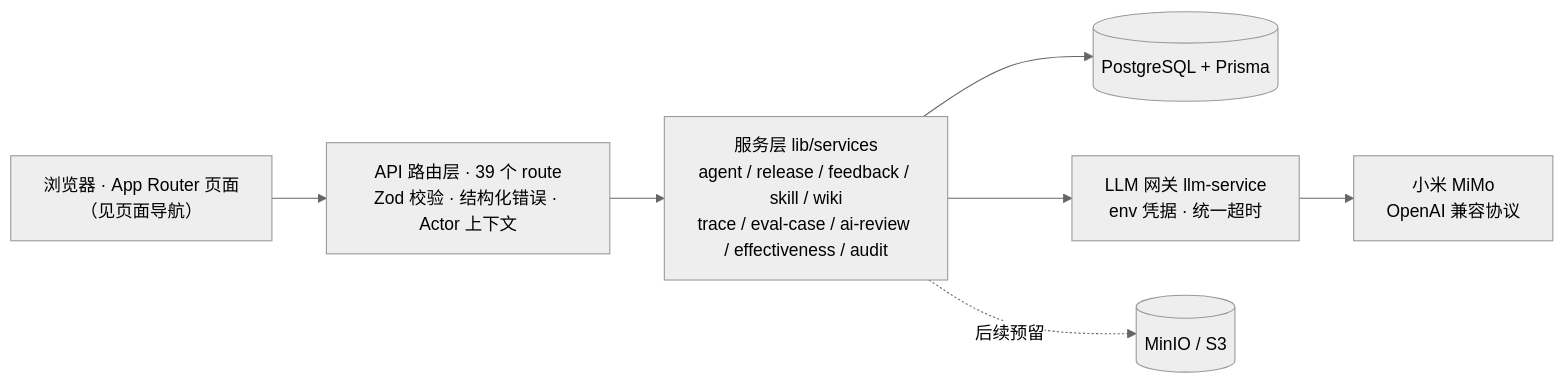
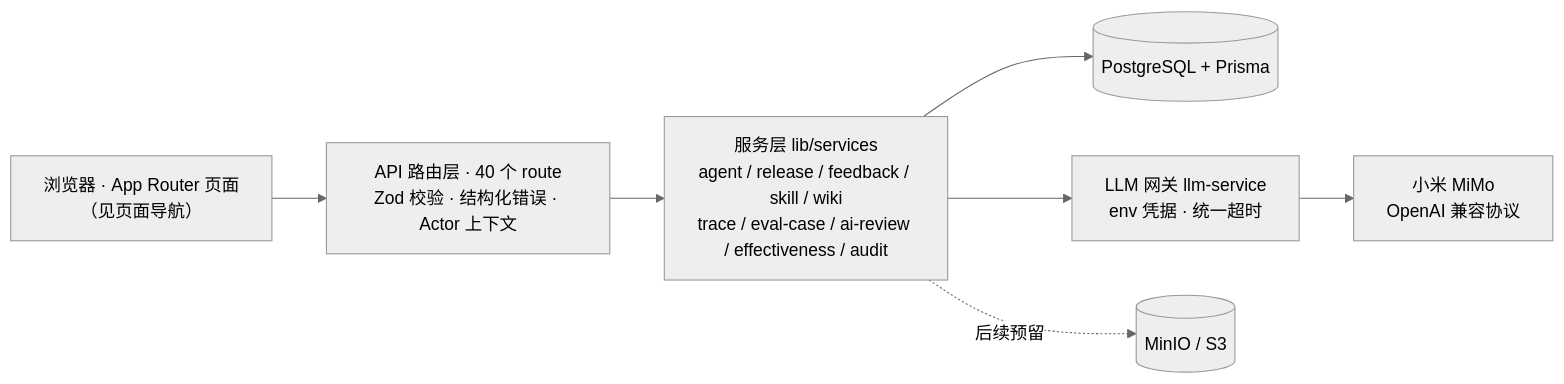
The first of 2 diagrams in README.md (ai-guru-global/agent-up), drawn with Mermaid (neutral theme) before and after one commit. The commit also changed other lines of this file and 11 other files, not shown here.

````diff
--- a/README.md
+++ b/README.md
@@ -143,9 +143,9 @@
 ```mermaid
 flowchart LR
-    P["浏览器 · App Router 页面<br/>（见页面导航）"] --> A["API 路由层 · 39 个 route<br/>Zod 校验 · 结构化错误 · Actor 上下文"]
+    P["浏览器 · App Router 页面<br/>（见页面导航）"] --> A["API 路由层 · 40 个 route<br/>Zod 校验 · 结构化错误 · Actor 上下文"]
     A --> S["服务层 lib/services<br/>agent / release / feedback / skill / wiki<br/>trace / eval-case / ai-review / effectiveness / audit"]
     S --> DB[("PostgreSQL + Prisma")]
     S --> L["LLM 网关 llm-service<br/>env 凭据 · 统一超时"]
     L --> M["小米 MiMo<br/>OpenAI 兼容协议"]
     S -. 后续预留 .-> O[("MinIO / S3")]
 ```
````
